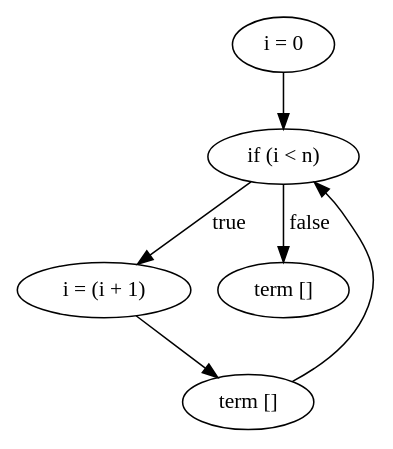
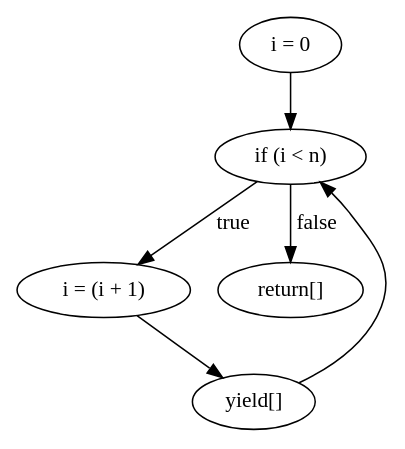
The diagram in graph.dot (WorldofKerry/ToHDL), drawn with Graphviz before and after one commit. The commit also changed 5 other files, not shown here.

```diff
--- a/graph.dot
+++ b/graph.dot
@@ -1,12 +1,12 @@
 digraph {
     0 [ label = "i = 0" ]
     1 [ label = "if (i < n)" ]
     2 [ label = "i = (i + 1)" ]
-    3 [ label = "term []" ]
-    4 [ label = "term []" ]
+    3 [ label = "yield[]" ]
+    4 [ label = "return[]" ]
     0 -> 1 [ label = "" ]
     1 -> 2 [ label = "true" ]
     2 -> 3 [ label = "" ]
     3 -> 1 [ label = "" ]
     1 -> 4 [ label = "false" ]
 }
```
